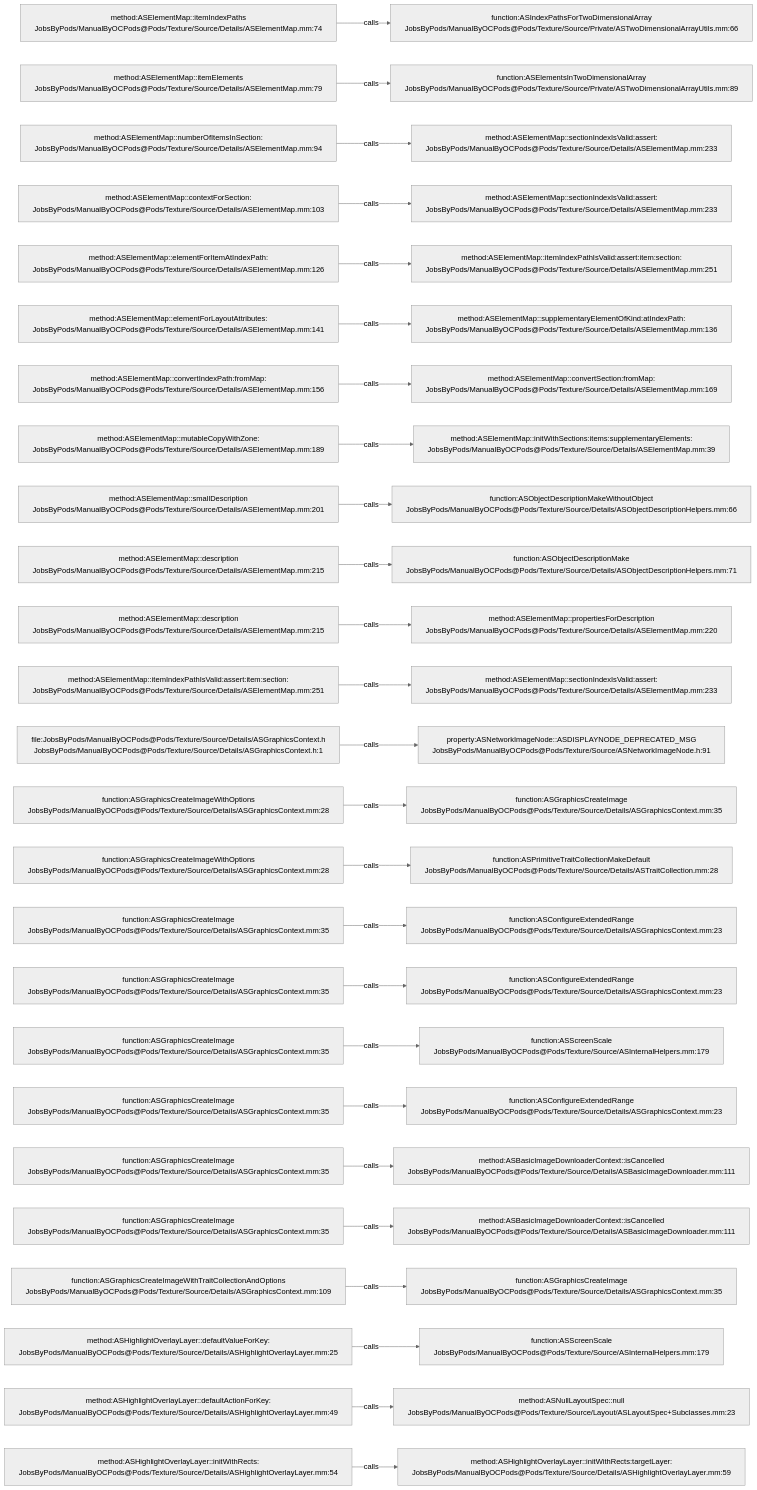
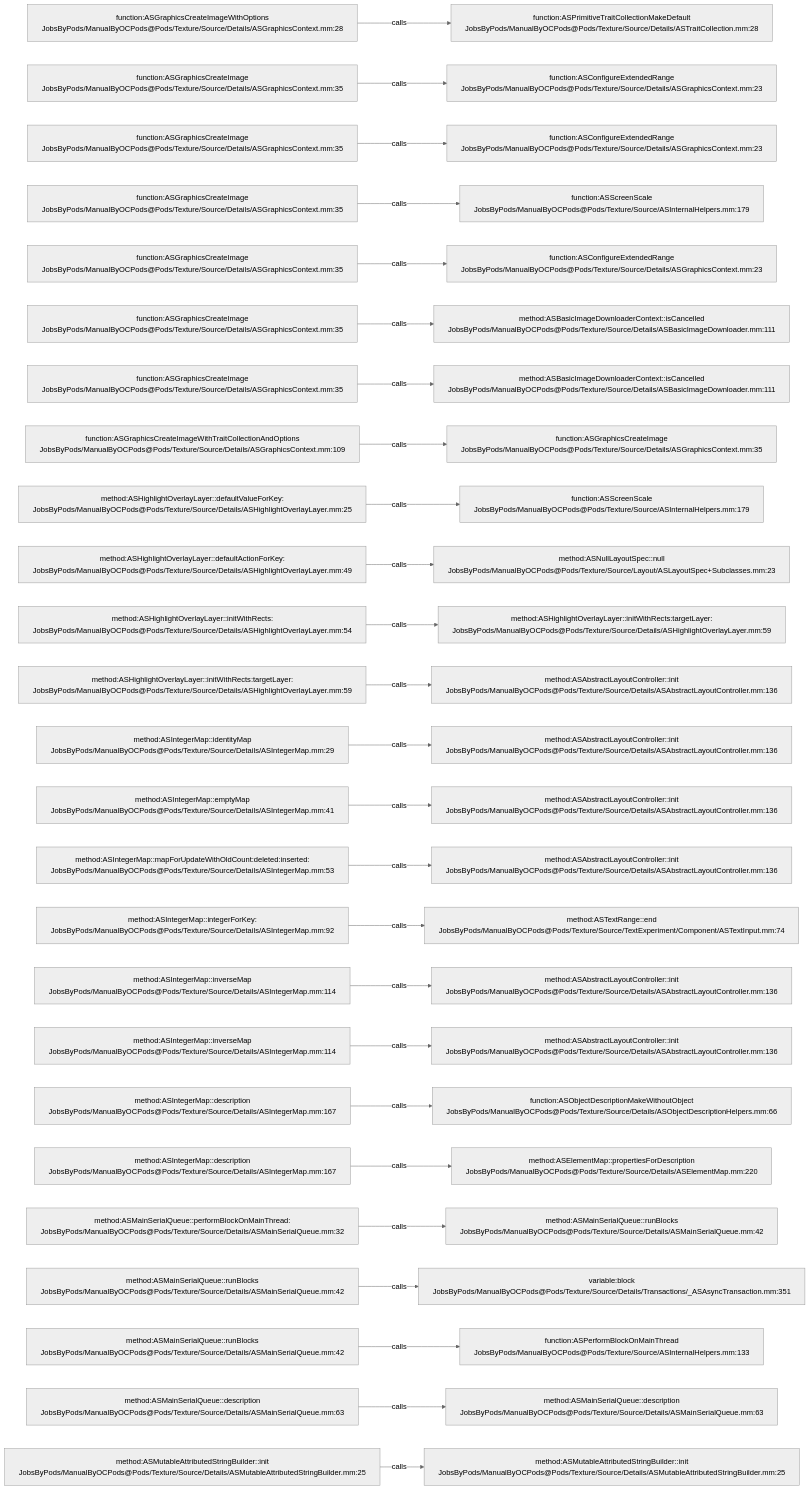
One commit to JobsKits/JobsOCBaseConfigDemo changed the diagram in .codegraph/codegraph.md/graphs/calls-159.md. Above: the diagram before and after it, drawn with Mermaid (neutral theme). The commit also changed 296 other files, not shown here.

````diff
--- a/.codegraph/codegraph.md/graphs/calls-159.md
+++ b/.codegraph/codegraph.md/graphs/calls-159.md
@@ -13,78 +13,78 @@
 ```mermaid
 flowchart LR
-  S1["method:ASElementMap::itemIndexPaths<br/>JobsByPods/ManualByOCPods@Pods/Texture/Source/Details/ASElementMap.mm:74"]
-  T1["function:ASIndexPathsForTwoDimensionalArray<br/>JobsByPods/ManualByOCPods@Pods/Texture/Source/Private/ASTwoDimensionalArrayUtils.mm:66"]
+  S1["function:ASGraphicsCreateImageWithOptions<br/>JobsByPods/ManualByOCPods@Pods/Texture/Source/Details/ASGraphicsContext.mm:28"]
+  T1["function:ASPrimitiveTraitCollectionMakeDefault<br/>JobsByPods/ManualByOCPods@Pods/Texture/Source/Details/ASTraitCollection.mm:28"]
   S1 -->|calls| T1
-  S2["method:ASElementMap::itemElements<br/>JobsByPods/ManualByOCPods@Pods/Texture/Source/Details/ASElementMap.mm:79"]
-  T2["function:ASElementsInTwoDimensionalArray<br/>JobsByPods/ManualByOCPods@Pods/Texture/Source/Private/ASTwoDimensionalArrayUtils.mm:89"]
+  S2["function:ASGraphicsCreateImage<br/>JobsByPods/ManualByOCPods@Pods/Texture/Source/Details/ASGraphicsContext.mm:35"]
+  T2["function:ASConfigureExtendedRange<br/>JobsByPods/ManualByOCPods@Pods/Texture/Source/Details/ASGraphicsContext.mm:23"]
   S2 -->|calls| T2
-  S3["method:ASElementMap::numberOfItemsInSection:<br/>JobsByPods/ManualByOCPods@Pods/Texture/Source/Details/ASElementMap.mm:94"]
-  T3["method:ASElementMap::sectionIndexIsValid:assert:<br/>JobsByPods/ManualByOCPods@Pods/Texture/Source/Details/ASElementMap.mm:233"]
+  S3["function:ASGraphicsCreateImage<br/>JobsByPods/ManualByOCPods@Pods/Texture/Source/Details/ASGraphicsContext.mm:35"]
+  T3["function:ASConfigureExtendedRange<br/>JobsByPods/ManualByOCPods@Pods/Texture/Source/Details/ASGraphicsContext.mm:23"]
   S3 -->|calls| T3
-  S4["method:ASElementMap::contextForSection:<br/>JobsByPods/ManualByOCPods@Pods/Texture/Source/Details/ASElementMap.mm:103"]
-  T4["method:ASElementMap::sectionIndexIsValid:assert:<br/>JobsByPods/ManualByOCPods@Pods/Texture/Source/Details/ASElementMap.mm:233"]
+  S4["function:ASGraphicsCreateImage<br/>JobsByPods/ManualByOCPods@Pods/Texture/Source/Details/ASGraphicsContext.mm:35"]
+  T4["function:ASScreenScale<br/>JobsByPods/ManualByOCPods@Pods/Texture/Source/ASInternalHelpers.mm:179"]
   S4 -->|calls| T4
-  S5["method:ASElementMap::elementForItemAtIndexPath:<br/>JobsByPods/ManualByOCPods@Pods/Texture/Source/Details/ASElementMap.mm:126"]
-  T5["method:ASElementMap::itemIndexPathIsValid:assert:item:section:<br/>JobsByPods/ManualByOCPods@Pods/Texture/Source/Details/ASElementMap.mm:251"]
+  S5["function:ASGraphicsCreateImage<br/>JobsByPods/ManualByOCPods@Pods/Texture/Source/Details/ASGraphicsContext.mm:35"]
+  T5["function:ASConfigureExtendedRange<br/>JobsByPods/ManualByOCPods@Pods/Texture/Source/Details/ASGraphicsContext.mm:23"]
   S5 -->|calls| T5
-  S6["method:ASElementMap::elementForLayoutAttributes:<br/>JobsByPods/ManualByOCPods@Pods/Texture/Source/Details/ASElementMap.mm:141"]
-  T6["method:ASElementMap::supplementaryElementOfKind:atIndexPath:<br/>JobsByPods/ManualByOCPods@Pods/Texture/Source/Details/ASElementMap.mm:136"]
+  S6["function:ASGraphicsCreateImage<br/>JobsByPods/ManualByOCPods@Pods/Texture/Source/Details/ASGraphicsContext.mm:35"]
+  T6["method:ASBasicImageDownloaderContext::isCancelled<br/>JobsByPods/ManualByOCPods@Pods/Texture/Source/Details/ASBasicImageDownloader.mm:111"]
   S6 -->|calls| T6
-  S7["method:ASElementMap::convertIndexPath:fromMap:<br/>JobsByPods/ManualByOCPods@Pods/Texture/Source/Details/ASElementMap.mm:156"]
-  T7["method:ASElementMap::convertSection:fromMap:<br/>JobsByPods/ManualByOCPods@Pods/Texture/Source/Details/ASElementMap.mm:169"]
+  S7["function:ASGraphicsCreateImage<br/>JobsByPods/ManualByOCPods@Pods/Texture/Source/Details/ASGraphicsContext.mm:35"]
+  T7["method:ASBasicImageDownloaderContext::isCancelled<br/>JobsByPods/ManualByOCPods@Pods/Texture/Source/Details/ASBasicImageDownloader.mm:111"]
   S7 -->|calls| T7
-  S8["method:ASElementMap::mutableCopyWithZone:<br/>JobsByPods/ManualByOCPods@Pods/Texture/Source/Details/ASElementMap.mm:189"]
-  T8["method:ASElementMap::initWithSections:items:supplementaryElements:<br/>JobsByPods/ManualByOCPods@Pods/Texture/Source/Details/ASElementMap.mm:39"]
+  S8["function:ASGraphicsCreateImageWithTraitCollectionAndOptions<br/>JobsByPods/ManualByOCPods@Pods/Texture/Source/Details/ASGraphicsContext.mm:109"]
+  T8["function:ASGraphicsCreateImage<br/>JobsByPods/ManualByOCPods@Pods/Texture/Source/Details/ASGraphicsContext.mm:35"]
   S8 -->|calls| T8
-  S9["method:ASElementMap::smallDescription<br/>JobsByPods/ManualByOCPods@Pods/Texture/Source/Details/ASElementMap.mm:201"]
-  T9["function:ASObjectDescriptionMakeWithoutObject<br/>JobsByPods/ManualByOCPods@Pods/Texture/Source/Details/ASObjectDescriptionHelpers.mm:66"]
+  S9["method:ASHighlightOverlayLayer::defaultValueForKey:<br/>JobsByPods/ManualByOCPods@Pods/Texture/Source/Details/ASHighlightOverlayLayer.mm:25"]
+  T9["function:ASScreenScale<br/>JobsByPods/ManualByOCPods@Pods/Texture/Source/ASInternalHelpers.mm:179"]
   S9 -->|calls| T9
-  S10["method:ASElementMap::description<br/>JobsByPods/ManualByOCPods@Pods/Texture/Source/Details/ASElementMap.mm:215"]
-  T10["function:ASObjectDescriptionMake<br/>JobsByPods/ManualByOCPods@Pods/Texture/Source/Details/ASObjectDescriptionHelpers.mm:71"]
+  S10["method:ASHighlightOverlayLayer::defaultActionForKey:<br/>JobsByPods/ManualByOCPods@Pods/Texture/Source/Details/ASHighlightOverlayLayer.mm:49"]
+  T10["method:ASNullLayoutSpec::null<br/>JobsByPods/ManualByOCPods@Pods/Texture/Source/Layout/ASLayoutSpec+Subclasses.mm:23"]
   S10 -->|calls| T10
-  S11["method:ASElementMap::description<br/>JobsByPods/ManualByOCPods@Pods/Texture/Source/Details/ASElementMap.mm:215"]
-  T11["method:ASElementMap::propertiesForDescription<br/>JobsByPods/ManualByOCPods@Pods/Texture/Source/Details/ASElementMap.mm:220"]
+  S11["method:ASHighlightOverlayLayer::initWithRects:<br/>JobsByPods/ManualByOCPods@Pods/Texture/Source/Details/ASHighlightOverlayLayer.mm:54"]
+  T11["method:ASHighlightOverlayLayer::initWithRects:targetLayer:<br/>JobsByPods/ManualByOCPods@Pods/Texture/Source/Details/ASHighlightOverlayLayer.mm:59"]
   S11 -->|calls| T11
-  S12["method:ASElementMap::itemIndexPathIsValid:assert:item:section:<br/>JobsByPods/ManualByOCPods@Pods/Texture/Source/Details/ASElementMap.mm:251"]
-  T12["method:ASElementMap::sectionIndexIsValid:assert:<br/>JobsByPods/ManualByOCPods@Pods/Texture/Source/Details/ASElementMap.mm:233"]
+  S12["method:ASHighlightOverlayLayer::initWithRects:targetLayer:<br/>JobsByPods/ManualByOCPods@Pods/Texture/Source/Details/ASHighlightOverlayLayer.mm:59"]
+  T12["method:ASAbstractLayoutController::init<br/>JobsByPods/ManualByOCPods@Pods/Texture/Source/Details/ASAbstractLayoutController.mm:136"]
   S12 -->|calls| T12
-  S13["file:JobsByPods/ManualByOCPods@Pods/Texture/Source/Details/ASGraphicsContext.h<br/>JobsByPods/ManualByOCPods@Pods/Texture/Source/Details/ASGraphicsContext.h:1"]
-  T13["property:ASNetworkImageNode::ASDISPLAYNODE_DEPRECATED_MSG<br/>JobsByPods/ManualByOCPods@Pods/Texture/Source/ASNetworkImageNode.h:91"]
+  S13["method:ASIntegerMap::identityMap<br/>JobsByPods/ManualByOCPods@Pods/Texture/Source/Details/ASIntegerMap.mm:29"]
+  T13["method:ASAbstractLayoutController::init<br/>JobsByPods/ManualByOCPods@Pods/Texture/Source/Details/ASAbstractLayoutController.mm:136"]
   S13 -->|calls| T13
-  S14["function:ASGraphicsCreateImageWithOptions<br/>JobsByPods/ManualByOCPods@Pods/Texture/Source/Details/ASGraphicsContext.mm:28"]
-  T14["function:ASGraphicsCreateImage<br/>JobsByPods/ManualByOCPods@Pods/Texture/Source/Details/ASGraphicsContext.mm:35"]
+  S14["method:ASIntegerMap::emptyMap<br/>JobsByPods/ManualByOCPods@Pods/Texture/Source/Details/ASIntegerMap.mm:41"]
+  T14["method:ASAbstractLayoutController::init<br/>JobsByPods/ManualByOCPods@Pods/Texture/Source/Details/ASAbstractLayoutController.mm:136"]
   S14 -->|calls| T14
-  S15["function:ASGraphicsCreateImageWithOptions<br/>JobsByPods/ManualByOCPods@Pods/Texture/Source/Details/ASGraphicsContext.mm:28"]
-  T15["function:ASPrimitiveTraitCollectionMakeDefault<br/>JobsByPods/ManualByOCPods@Pods/Texture/Source/Details/ASTraitCollection.mm:28"]
+  S15["method:ASIntegerMap::mapForUpdateWithOldCount:deleted:inserted:<br/>JobsByPods/ManualByOCPods@Pods/Texture/Source/Details/ASIntegerMap.mm:53"]
+  T15["method:ASAbstractLayoutController::init<br/>JobsByPods/ManualByOCPods@Pods/Texture/Source/Details/ASAbstractLayoutController.mm:136"]
   S15 -->|calls| T15
-  S16["function:ASGraphicsCreateImage<br/>JobsByPods/ManualByOCPods@Pods/Texture/Source/Details/ASGraphicsContext.mm:35"]
-  T16["function:ASConfigureExtendedRange<br/>JobsByPods/ManualByOCPods@Pods/Texture/Source/Details/ASGraphicsContext.mm:23"]
+  S16["method:ASIntegerMap::integerForKey:<br/>JobsByPods/ManualByOCPods@Pods/Texture/Source/Details/ASIntegerMap.mm:92"]
+  T16["method:ASTextRange::end<br/>JobsByPods/ManualByOCPods@Pods/Texture/Source/TextExperiment/Component/ASTextInput.mm:74"]
   S16 -->|calls| T16
-  S17["function:ASGraphicsCreateImage<br/>JobsByPods/ManualByOCPods@Pods/Texture/Source/Details/ASGraphicsContext.mm:35"]
-  T17["function:ASConfigureExtendedRange<br/>JobsByPods/ManualByOCPods@Pods/Texture/Source/Details/ASGraphicsContext.mm:23"]
+  S17["method:ASIntegerMap::inverseMap<br/>JobsByPods/ManualByOCPods@Pods/Texture/Source/Details/ASIntegerMap.mm:114"]
+  T17["method:ASAbstractLayoutController::init<br/>JobsByPods/ManualByOCPods@Pods/Texture/Source/Details/ASAbstractLayoutController.mm:136"]
   S17 -->|calls| T17
-  S18["function:ASGraphicsCreateImage<br/>JobsByPods/ManualByOCPods@Pods/Texture/Source/Details/ASGraphicsContext.mm:35"]
-  T18["function:ASScreenScale<br/>JobsByPods/ManualByOCPods@Pods/Texture/Source/ASInternalHelpers.mm:179"]
+  S18["method:ASIntegerMap::inverseMap<br/>JobsByPods/ManualByOCPods@Pods/Texture/Source/Details/ASIntegerMap.mm:114"]
+  T18["method:ASAbstractLayoutController::init<br/>JobsByPods/ManualByOCPods@Pods/Texture/Source/Details/ASAbstractLayoutController.mm:136"]
   S18 -->|calls| T18
-  S19["function:ASGraphicsCreateImage<br/>JobsByPods/ManualByOCPods@Pods/Texture/Source/Details/ASGraphicsContext.mm:35"]
-  T19["function:ASConfigureExtendedRange<br/>JobsByPods/ManualByOCPods@Pods/Texture/Source/Details/ASGraphicsContext.mm:23"]
+  S19["method:ASIntegerMap::description<br/>JobsByPods/ManualByOCPods@Pods/Texture/Source/Details/ASIntegerMap.mm:167"]
+  T19["function:ASObjectDescriptionMakeWithoutObject<br/>JobsByPods/ManualByOCPods@Pods/Texture/Source/Details/ASObjectDescriptionHelpers.mm:66"]
   S19 -->|calls| T19
-  S20["function:ASGraphicsCreateImage<br/>JobsByPods/ManualByOCPods@Pods/Texture/Source/Details/ASGraphicsContext.mm:35"]
-  T20["method:ASBasicImageDownloaderContext::isCancelled<br/>JobsByPods/ManualByOCPods@Pods/Texture/Source/Details/ASBasicImageDownloader.mm:111"]
+  S20["method:ASIntegerMap::description<br/>JobsByPods/ManualByOCPods@Pods/Texture/Source/Details/ASIntegerMap.mm:167"]
+  T20["method:ASElementMap::propertiesForDescription<br/>JobsByPods/ManualByOCPods@Pods/Texture/Source/Details/ASElementMap.mm:220"]
   S20 -->|calls| T20
-  S21["function:ASGraphicsCreateImage<br/>JobsByPods/ManualByOCPods@Pods/Texture/Source/Details/ASGraphicsContext.mm:35"]
-  T21["method:ASBasicImageDownloaderContext::isCancelled<br/>JobsByPods/ManualByOCPods@Pods/Texture/Source/Details/ASBasicImageDownloader.mm:111"]
+  S21["method:ASMainSerialQueue::performBlockOnMainThread:<br/>JobsByPods/ManualByOCPods@Pods/Texture/Source/Details/ASMainSerialQueue.mm:32"]
+  T21["method:ASMainSerialQueue::runBlocks<br/>JobsByPods/ManualByOCPods@Pods/Texture/Source/Details/ASMainSerialQueue.mm:42"]
   S21 -->|calls| T21
-  S22["function:ASGraphicsCreateImageWithTraitCollectionAndOptions<br/>JobsByPods/ManualByOCPods@Pods/Texture/Source/Details/ASGraphicsContext.mm:109"]
-  T22["function:ASGraphicsCreateImage<br/>JobsByPods/ManualByOCPods@Pods/Texture/Source/Details/ASGraphicsContext.mm:35"]
+  S22["method:ASMainSerialQueue::runBlocks<br/>JobsByPods/ManualByOCPods@Pods/Texture/Source/Details/ASMainSerialQueue.mm:42"]
+  T22["variable:block<br/>JobsByPods/ManualByOCPods@Pods/Texture/Source/Details/Transactions/_ASAsyncTransaction.mm:351"]
   S22 -->|calls| T22
-  S23["method:ASHighlightOverlayLayer::defaultValueForKey:<br/>JobsByPods/ManualByOCPods@Pods/Texture/Source/Details/ASHighlightOverlayLayer.mm:25"]
-  T23["function:ASScreenScale<br/>JobsByPods/ManualByOCPods@Pods/Texture/Source/ASInternalHelpers.mm:179"]
+  S23["method:ASMainSerialQueue::runBlocks<br/>JobsByPods/ManualByOCPods@Pods/Texture/Source/Details/ASMainSerialQueue.mm:42"]
+  T23["function:ASPerformBlockOnMainThread<br/>JobsByPods/ManualByOCPods@Pods/Texture/Source/ASInternalHelpers.mm:133"]
   S23 -->|calls| T23
-  S24["method:ASHighlightOverlayLayer::defaultActionForKey:<br/>JobsByPods/ManualByOCPods@Pods/Texture/Source/Details/ASHighlightOverlayLayer.mm:49"]
-  T24["method:ASNullLayoutSpec::null<br/>JobsByPods/ManualByOCPods@Pods/Texture/Source/Layout/ASLayoutSpec+Subclasses.mm:23"]
+  S24["method:ASMainSerialQueue::description<br/>JobsByPods/ManualByOCPods@Pods/Texture/Source/Details/ASMainSerialQueue.mm:63"]
+  T24["method:ASMainSerialQueue::description<br/>JobsByPods/ManualByOCPods@Pods/Texture/Source/Details/ASMainSerialQueue.mm:63"]
   S24 -->|calls| T24
-  S25["method:ASHighlightOverlayLayer::initWithRects:<br/>JobsByPods/ManualByOCPods@Pods/Texture/Source/Details/ASHighlightOverlayLayer.mm:54"]
-  T25["method:ASHighlightOverlayLayer::initWithRects:targetLayer:<br/>JobsByPods/ManualByOCPods@Pods/Texture/Source/Details/ASHighlightOverlayLayer.mm:59"]
+  S25["method:ASMutableAttributedStringBuilder::init<br/>JobsByPods/ManualByOCPods@Pods/Texture/Source/Details/ASMutableAttributedStringBuilder.mm:25"]
+  T25["method:ASMutableAttributedStringBuilder::init<br/>JobsByPods/ManualByOCPods@Pods/Texture/Source/Details/ASMutableAttributedStringBuilder.mm:25"]
   S25 -->|calls| T25
 ```
````
